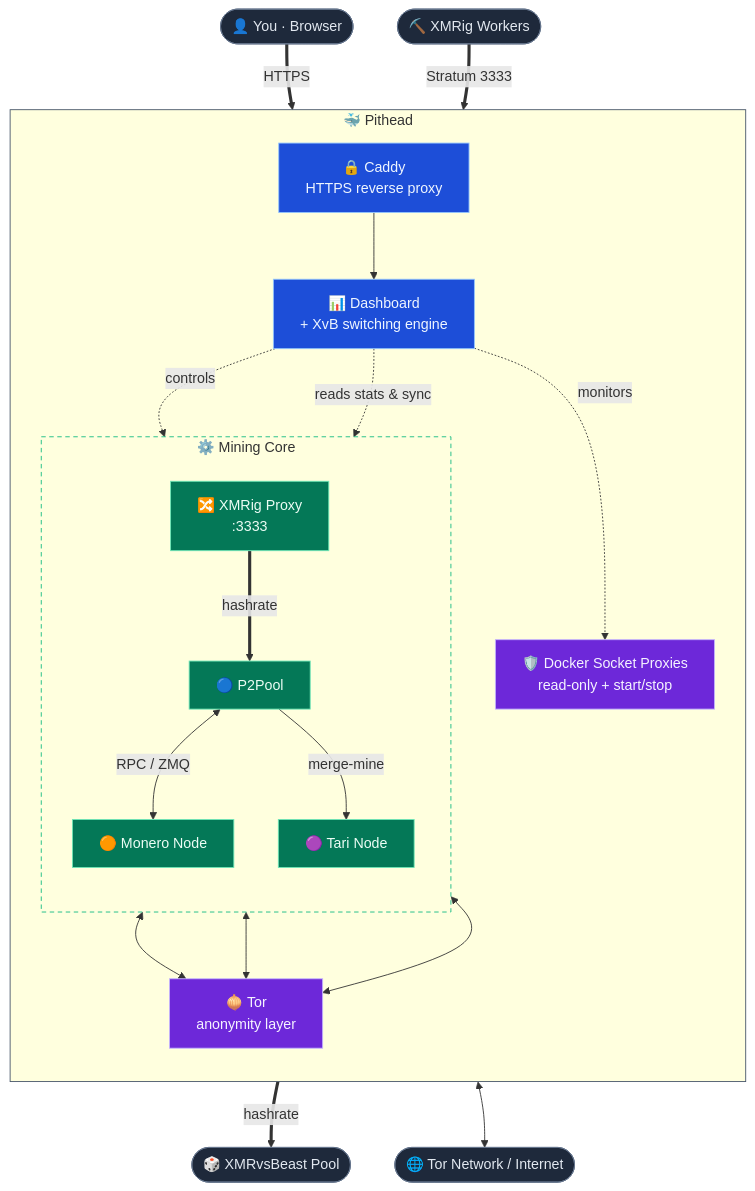
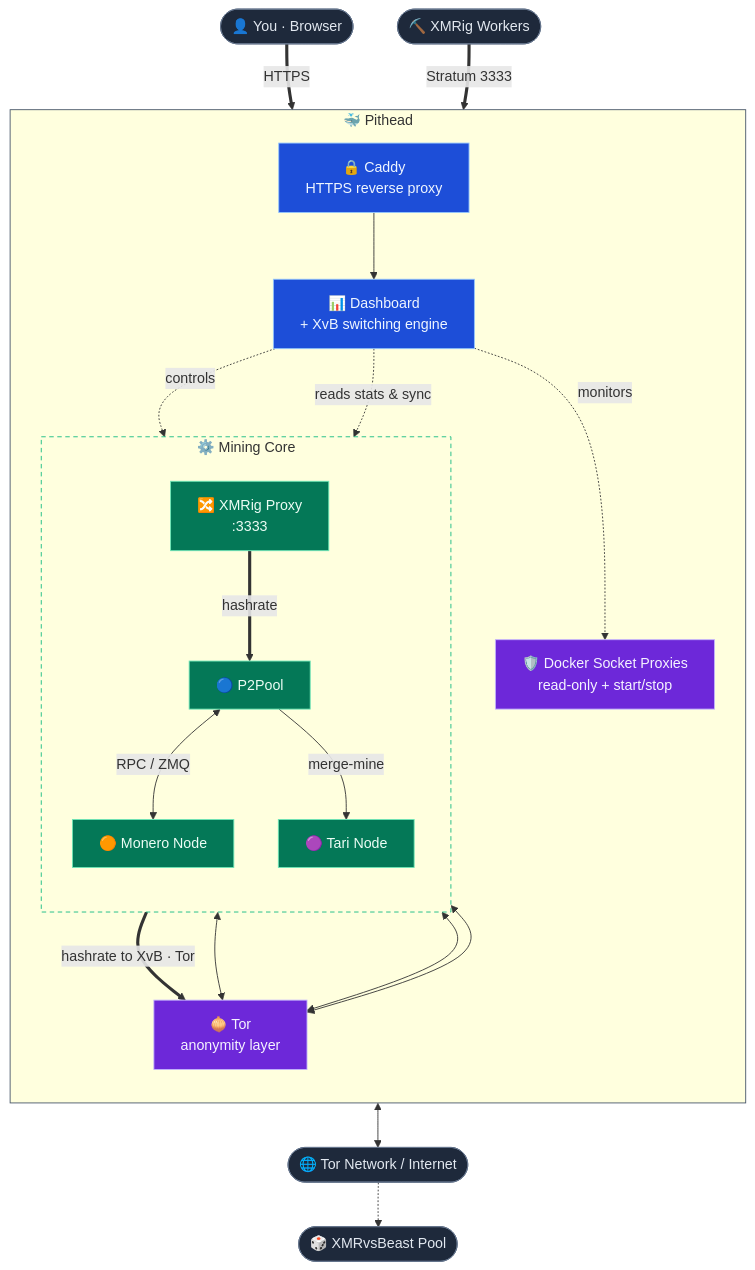
Before and after one commit to p2pool-starter-stack/p2pool-starter-stack: the diagram in README.md, drawn with Mermaid. The commit also changed other lines of this file and 15 other files, not shown here.

````diff
--- a/README.md
+++ b/README.md
@@ -156,57 +160,58 @@
 ```mermaid
 flowchart TB
     %% ── External actors ──
     You(["👤 You · Browser"])
     Workers(["⛏️ XMRig Workers"])
     XvB(["🎲 XMRvsBeast Pool"])
     Net(["🌐 Tor Network / Internet"])
 
     subgraph stack ["🐳 Pithead"]
         direction TB
 
         Caddy["🔒 Caddy<br/>HTTPS reverse proxy"]
         Dashboard["📊 Dashboard<br/>+ XvB switching engine"]
         DockerProxy["🛡️ Docker Socket Proxies<br/>read-only + start/stop"]
         Tor["🧅 Tor<br/>anonymity layer"]
 
         subgraph core ["⚙️ Mining Core"]
             direction TB
             Proxy["🔀 XMRig Proxy<br/>:3333"]
             P2Pool["🔵 P2Pool"]
             Monerod["🟠 Monero Node"]
             Tari["🟣 Tari Node"]
         end
     end
 
     You ==>|HTTPS| Caddy
     Caddy --> Dashboard
     Workers ==>|"Stratum 3333"| Proxy
 
     Dashboard -.->|controls| Proxy
     Dashboard -.->|monitors| DockerProxy
     Dashboard -.->|"reads stats & sync"| core
 
     Proxy ==>|hashrate| P2Pool
-    Proxy ==>|hashrate| XvB
+    Proxy ==>|"hashrate to XvB · Tor"| Tor
 
     P2Pool <-->|"RPC / ZMQ"| Monerod
     P2Pool -->|merge-mine| Tari
 
     Monerod <--> Tor
     Tari <--> Tor
     P2Pool <--> Tor
     Tor <--> Net
+    Net -.-> XvB
 
     classDef ext fill:#1e293b,stroke:#64748b,color:#e2e8f0;
     classDef ctrl fill:#1d4ed8,stroke:#93c5fd,color:#eff6ff;
     classDef priv fill:#6d28d9,stroke:#c4b5fd,color:#f5f3ff;
     classDef mine fill:#047857,stroke:#6ee7b7,color:#ecfdf5;
 
     class You,Workers,XvB,Net ext;
     class Caddy,Dashboard ctrl;
     class Tor,DockerProxy priv;
     class Proxy,P2Pool,Monerod,Tari mine;
 
     style stack stroke:#475569,stroke-width:1px;
     style core stroke:#10b981,stroke-width:1px,stroke-dasharray:5 4;
 ```
````
